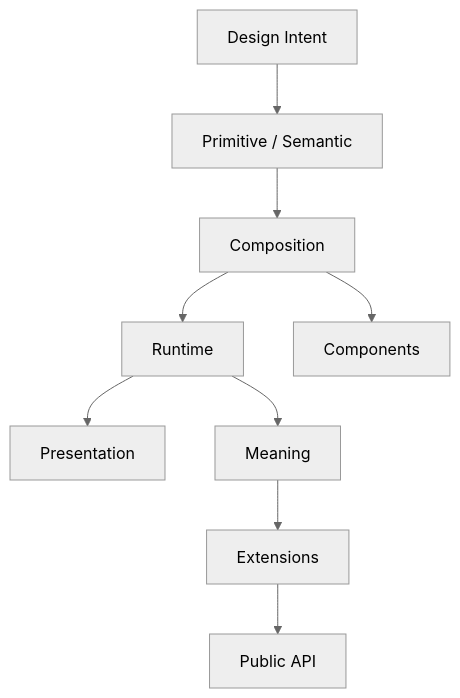
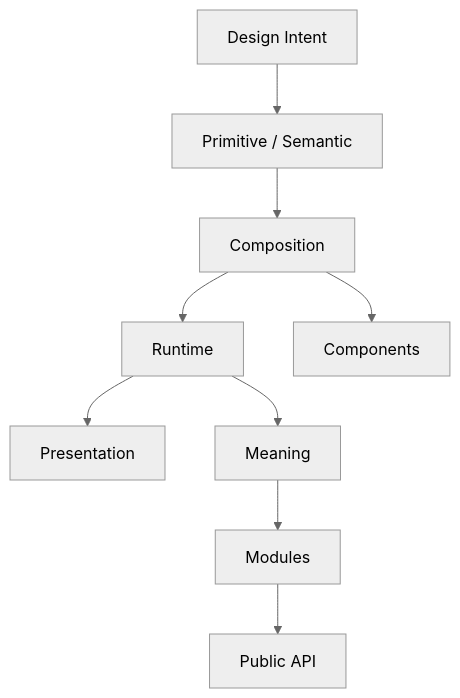
Before and after one commit to mosaic-media/architecture: the diagram in docs/design/system/mds-001-design-token-architecture/12-adrs.md, drawn with Mermaid (neutral theme). The commit also changed other lines of this file and 74 other files, not shown here.

````diff
--- a/docs/design/system/mds-001-design-token-architecture/12-adrs.md
+++ b/docs/design/system/mds-001-design-token-architecture/12-adrs.md
@@ -298,30 +280,30 @@
 ```mermaid
 flowchart TD
 
 ADR084["Design Intent"]
 
 ADR085["Primitive / Semantic"]
 
 ADR086["Composition"]
 
 ADR087["Runtime"]
 
 ADR088["Presentation"]
 
 ADR089["Components"]
 
 ADR090["Meaning"]
 
-ADR091["Extensions"]
+ADR091["Modules"]
 
 ADR092["Public API"]
 
 ADR084 --> ADR085
 ADR085 --> ADR086
 ADR086 --> ADR087
 ADR087 --> ADR088
 ADR086 --> ADR089
 ADR087 --> ADR090
 ADR090 --> ADR091
 ADR091 --> ADR092
 ```
````
